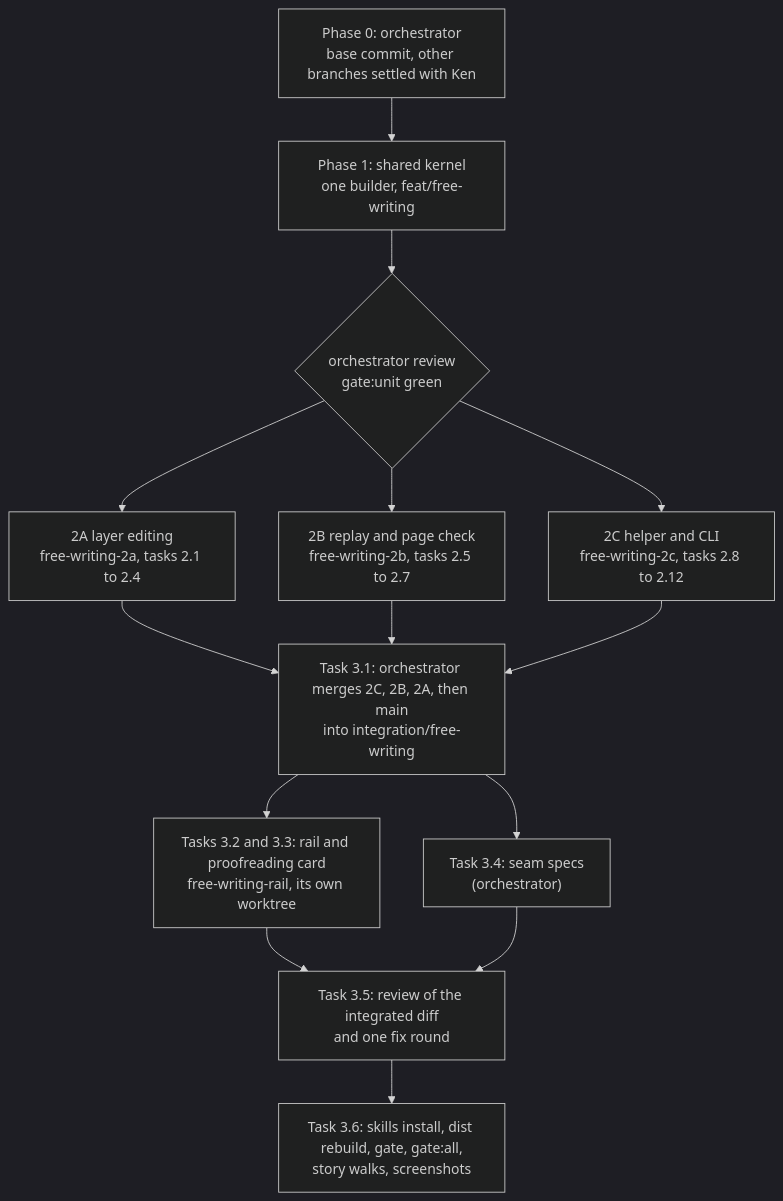
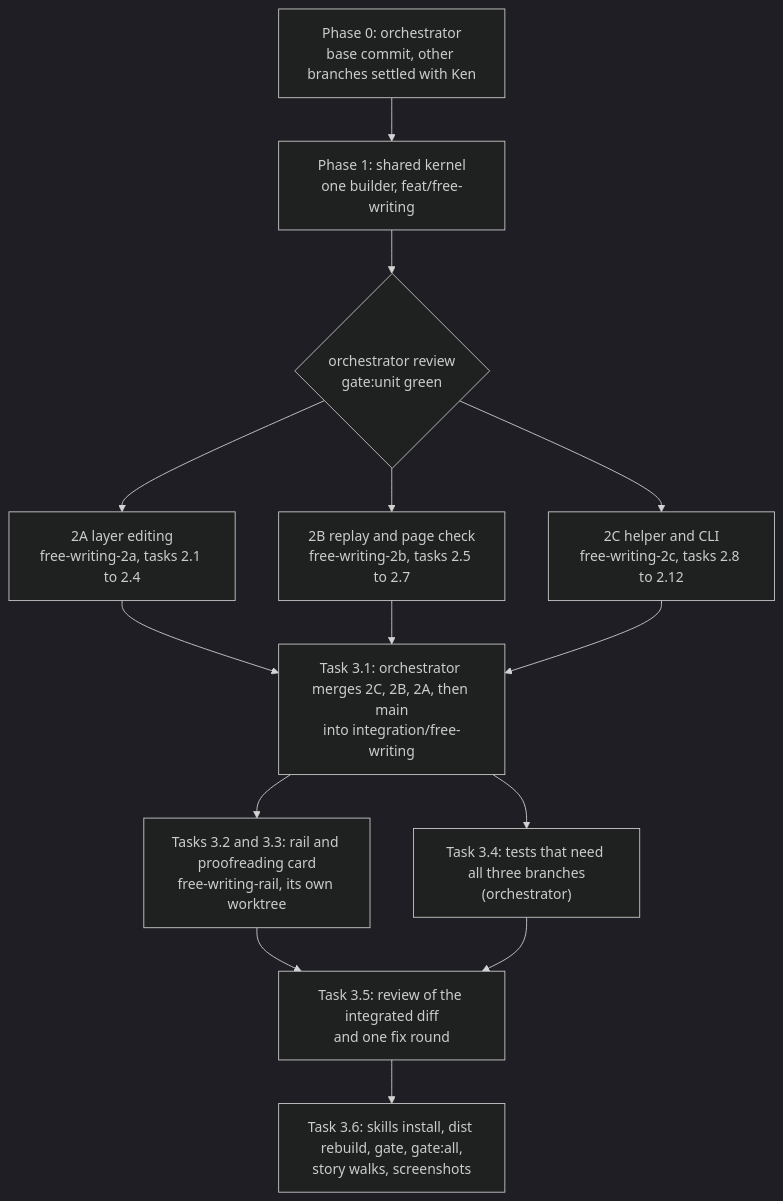
The diagram in docs/features/20260928.01_free_writing/03_plan_free_writing.md (kenxle/live-agentic-html-editor), drawn with Mermaid (dark theme) before and after one commit. The commit also changed other lines of this file and 7 other files, not shown here.

Commit message:
Free writing dossier: clarity rewrites applied, architecture compressed, contradictions settled; HTML built

````diff
--- a/docs/features/20260928.01_free_writing/03_plan_free_writing.md
+++ b/docs/features/20260928.01_free_writing/03_plan_free_writing.md
@@ -14,16 +11,16 @@
 ```mermaid
 flowchart TD
   P0["Phase 0: orchestrator<br/>base commit, other branches settled with Ken"] --> P1["Phase 1: shared kernel<br/>one builder, feat/free-writing"]
   P1 --> R1{"orchestrator review<br/>gate:unit green"}
   R1 --> A["2A layer editing<br/>free-writing-2a, tasks 2.1 to 2.4"]
   R1 --> B["2B replay and page check<br/>free-writing-2b, tasks 2.5 to 2.7"]
   R1 --> C["2C helper and CLI<br/>free-writing-2c, tasks 2.8 to 2.12"]
   A --> M["Task 3.1: orchestrator merges 2C, 2B, 2A, then main<br/>into integration/free-writing"]
   B --> M
   C --> M
   M --> R3["Tasks 3.2 and 3.3: rail and proofreading card<br/>free-writing-rail, its own worktree"]
-  M --> X["Task 3.4: seam specs<br/>(orchestrator)"]
+  M --> X["Task 3.4: tests that need all three branches<br/>(orchestrator)"]
   R3 --> RV["Task 3.5: review of the integrated diff<br/>and one fix round"]
   X --> RV
   RV --> G["Task 3.6: skills install, dist rebuild, gate, gate:all,<br/>story walks, screenshots"]
 ```
````
